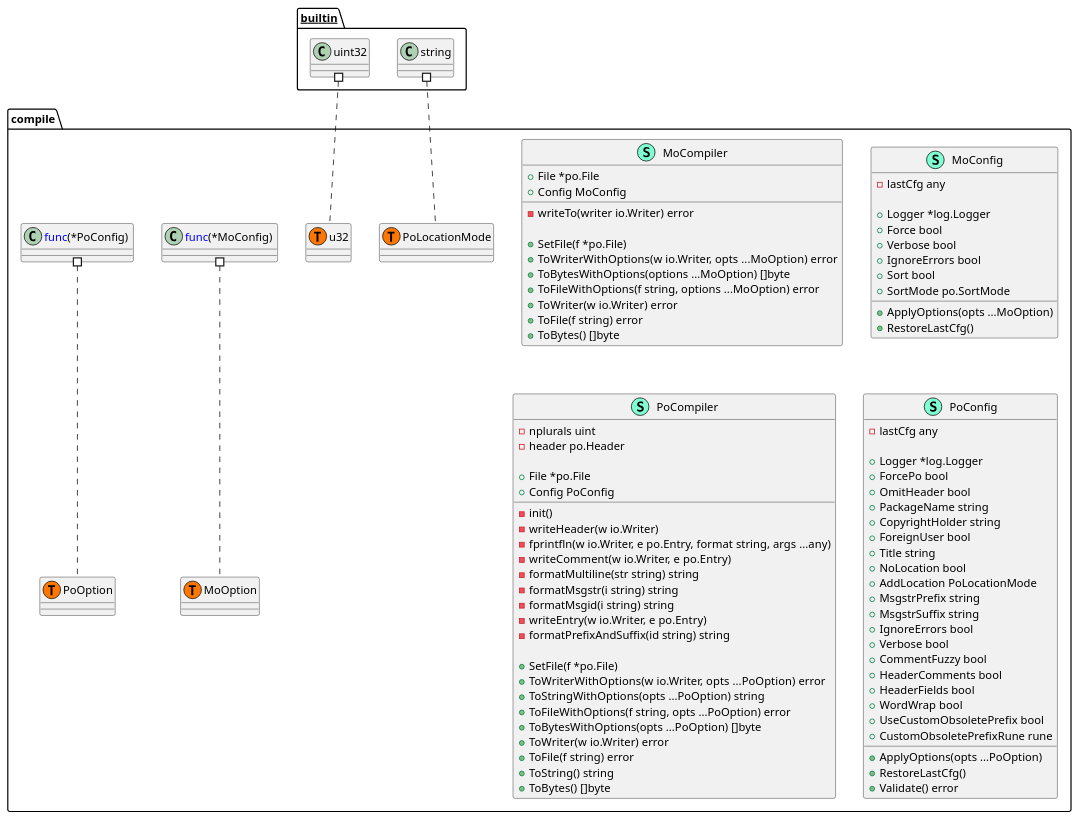
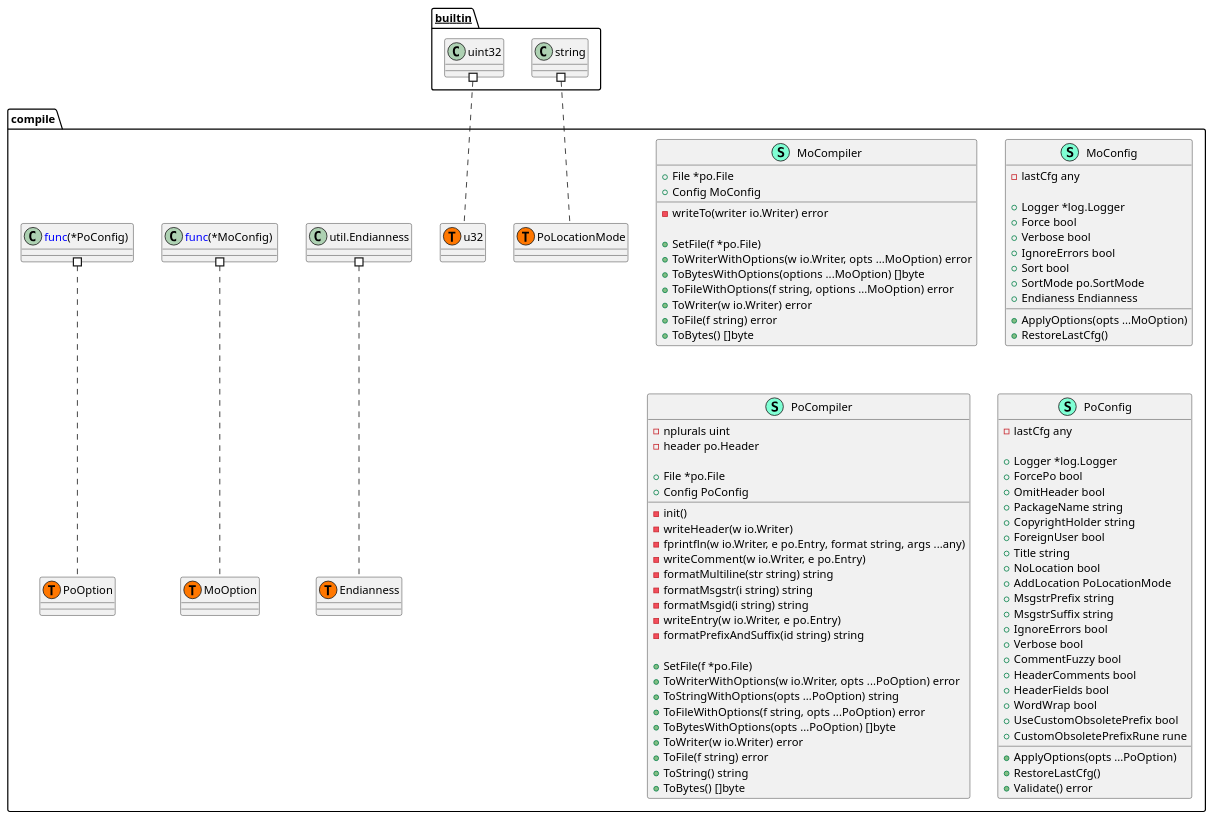
Before and after one commit to Tom5521/gotext-tools: the diagram in pkg/po/compile/structure.puml, drawn with PlantUML. The commit also changed 6 other files, not shown here.

```diff
--- a/pkg/po/compile/structure.puml
+++ b/pkg/po/compile/structure.puml
@@ -1,103 +1,110 @@
 @startuml
 namespace compile {
     class MoCompiler << (S,Aquamarine) >> {
         + File *po.File
         + Config MoConfig
 
         - writeTo(writer io.Writer) error
 
         + SetFile(f *po.File) 
         + ToWriterWithOptions(w io.Writer, opts ...MoOption) error
         + ToBytesWithOptions(options ...MoOption) []byte
         + ToFileWithOptions(f string, options ...MoOption) error
         + ToWriter(w io.Writer) error
         + ToFile(f string) error
         + ToBytes() []byte
 
     }
     class MoConfig << (S,Aquamarine) >> {
         - lastCfg any
 
         + Logger *log.Logger
         + Force bool
         + Verbose bool
         + IgnoreErrors bool
         + Sort bool
         + SortMode po.SortMode
+        + Endianess Endianness
 
         + ApplyOptions(opts ...MoOption) 
         + RestoreLastCfg() 
 
     }
     class PoCompiler << (S,Aquamarine) >> {
         - nplurals uint
         - header po.Header
 
         + File *po.File
         + Config PoConfig
 
         - init() 
         - writeHeader(w io.Writer) 
         - fprintfln(w io.Writer, e po.Entry, format string, args ...any) 
         - writeComment(w io.Writer, e po.Entry) 
         - formatMultiline(str string) string
         - formatMsgstr(i string) string
         - formatMsgid(i string) string
         - writeEntry(w io.Writer, e po.Entry) 
         - formatPrefixAndSuffix(id string) string
 
         + SetFile(f *po.File) 
         + ToWriterWithOptions(w io.Writer, opts ...PoOption) error
         + ToStringWithOptions(opts ...PoOption) string
         + ToFileWithOptions(f string, opts ...PoOption) error
         + ToBytesWithOptions(opts ...PoOption) []byte
         + ToWriter(w io.Writer) error
         + ToFile(f string) error
         + ToString() string
         + ToBytes() []byte
 
     }
     class PoConfig << (S,Aquamarine) >> {
         - lastCfg any
 
         + Logger *log.Logger
         + ForcePo bool
         + OmitHeader bool
         + PackageName string
         + CopyrightHolder string
         + ForeignUser bool
         + Title string
         + NoLocation bool
         + AddLocation PoLocationMode
         + MsgstrPrefix string
         + MsgstrSuffix string
         + IgnoreErrors bool
         + Verbose bool
         + CommentFuzzy bool
         + HeaderComments bool
         + HeaderFields bool
         + WordWrap bool
         + UseCustomObsoletePrefix bool
         + CustomObsoletePrefixRune rune
 
         + ApplyOptions(opts ...PoOption) 
         + RestoreLastCfg() 
         + Validate() error
 
     }
+    class compile.Endianness << (T, #FF7700) >>  {
+    }
     class compile.MoOption << (T, #FF7700) >>  {
     }
     class compile.PoLocationMode << (T, #FF7700) >>  {
     }
     class compile.PoOption << (T, #FF7700) >>  {
     }
     class compile.u32 << (T, #FF7700) >>  {
     }
+    class "util.Endianness" as utilEndianness {
+        'This class was created so that we can correctly have an alias pointing to this name. Since it contains dots that can break namespaces
+    }
 }
 
 
 "__builtin__.string" #.. "compile.PoLocationMode"
 "__builtin__.uint32" #.. "compile.u32"
 "compile.<font color=blue>func</font>(*MoConfig) " #.. "compile.MoOption"
 "compile.<font color=blue>func</font>(*PoConfig) " #.. "compile.PoOption"
+"compile.utilEndianness" #.. "compile.Endianness"
 @enduml
```
